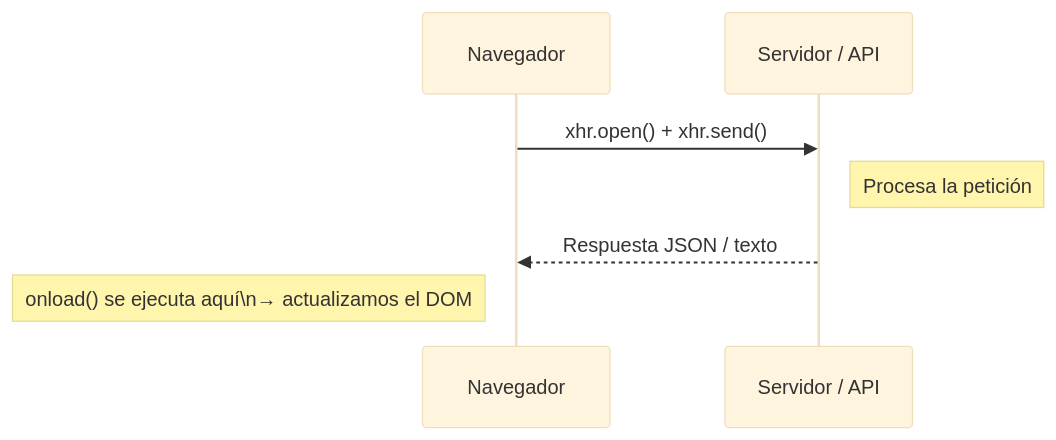
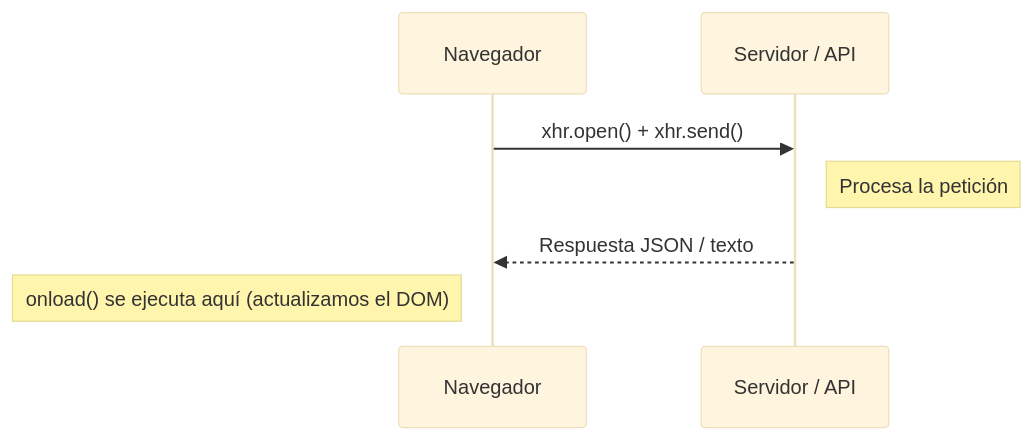
One commit to DiegoMartindeAndres/Labos-FTI-2526 changed the diagram in labo08/README.md. Above: the diagram before and after it, drawn with Mermaid (base theme).

Commit message:
Actualizado Mermaid Labo08

````diff
--- a/labo08/README.md
+++ b/labo08/README.md
@@ -37,12 +37,12 @@
 ```mermaid
 sequenceDiagram
     participant N as Navegador
     participant S as Servidor / API
 
     N->>S: xhr.open() + xhr.send()
     Note right of S: Procesa la petición
 
     S-->>N: Respuesta JSON / texto
 
-    Note left of N: onload() se ejecuta aquí\n→ actualizamos el DOM
+    Note left of N: onload() se ejecuta aquí (actualizamos el DOM)
 ```
````
